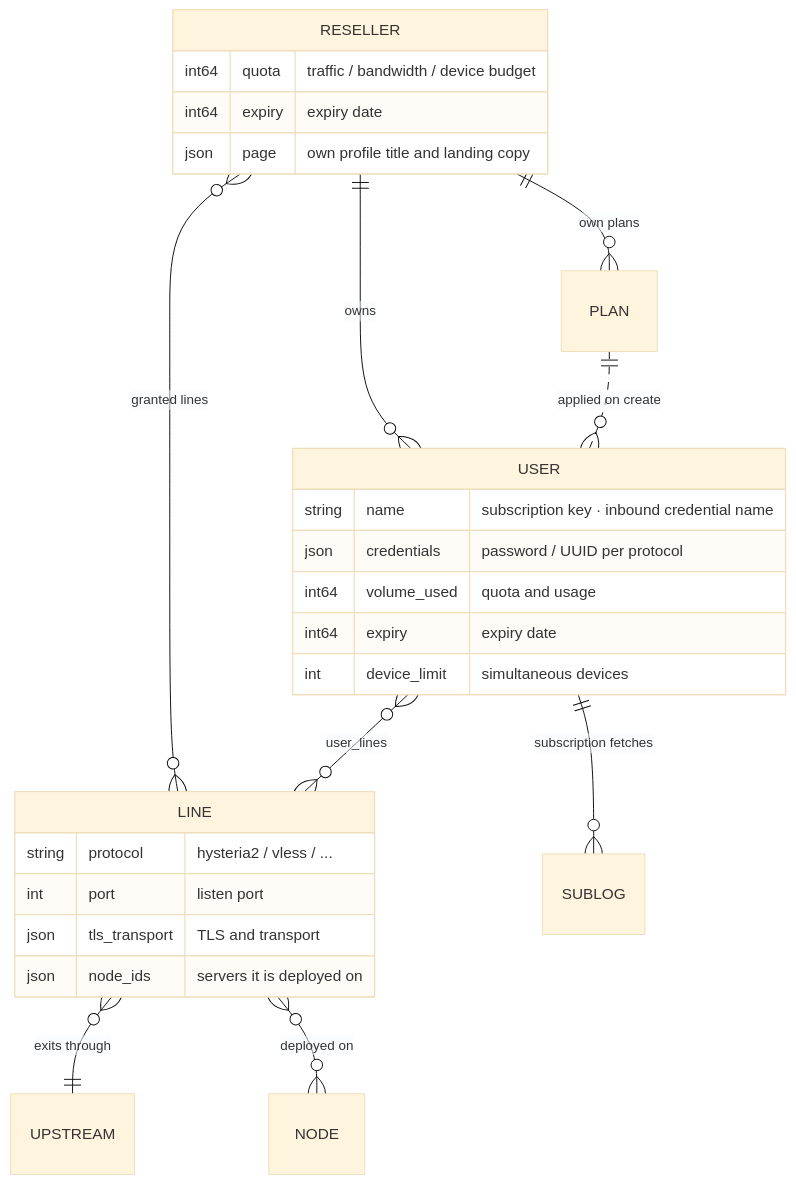
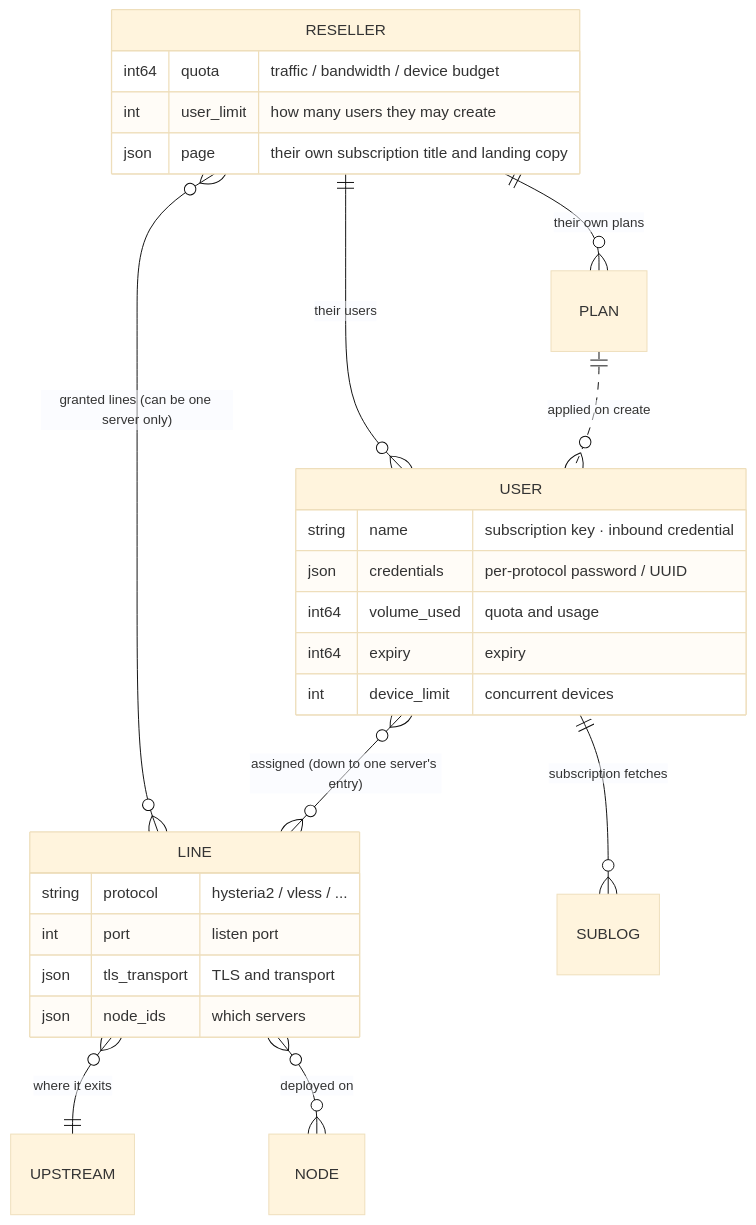
Before and after one commit to Maoyangui/m-ui: the fifth of 5 diagrams in README.en.md, drawn with Mermaid (base theme). The commit also changed other lines of this file and 1 other file, not shown here.

Commit message:
README 架构图重画:五张图在 GitHub 上原来有两张会被压到 67% 和 82%,文字跟着缩小到看不清 —— 图一从三列横排改成分层,图二把干跑用的解析器和运行中的数据面合成一个 sing-box(本来就是同一个),现在五张全部在正文宽度内按原尺寸渲染。配色改成每个节点都显式给底色与字色(深底白字、浅底近黑字),不再依赖主题默认值,GitHub 明暗两种主题下都够对比;去掉顺序图里那块近白色的 rect,它在深色模式下就是白底白字。内容一并更新:副机报告里加上上游巡检结果,数据模型标出分配可细到某台服务器、代理有用户数上限,后台节奏补上每小时清理日志与按设置巡检上游

````diff
--- a/README.en.md
+++ b/README.en.md
@@ -194,30 +200,30 @@
 ```mermaid
 erDiagram
-  RESELLER ||--o{ USER : "owns"
-  RESELLER ||--o{ PLAN : "own plans"
-  RESELLER }o--o{ LINE : "granted lines"
-  USER }o--o{ LINE : "user_lines"
+  RESELLER ||--o{ USER : "their users"
+  RESELLER ||--o{ PLAN : "their own plans"
+  RESELLER }o--o{ LINE : "granted lines (can be one server only)"
+  USER }o--o{ LINE : "assigned (down to one server's entry)"
   PLAN ||..o{ USER : "applied on create"
-  LINE }o--|| UPSTREAM : "exits through"
+  LINE }o--|| UPSTREAM : "where it exits"
   LINE }o--o{ NODE : "deployed on"
   USER ||--o{ SUBLOG : "subscription fetches"
 
   USER {
-    string name "subscription key · inbound credential name"
-    json credentials "password / UUID per protocol"
+    string name "subscription key · inbound credential"
+    json credentials "per-protocol password / UUID"
     int64 volume_used "quota and usage"
-    int64 expiry "expiry date"
-    int device_limit "simultaneous devices"
+    int64 expiry "expiry"
+    int device_limit "concurrent devices"
   }
   LINE {
     string protocol "hysteria2 / vless / ..."
     int port "listen port"
     json tls_transport "TLS and transport"
-    json node_ids "servers it is deployed on"
+    json node_ids "which servers"
   }
   RESELLER {
     int64 quota "traffic / bandwidth / device budget"
-    int64 expiry "expiry date"
-    json page "own profile title and landing copy"
+    int user_limit "how many users they may create"
+    json page "their own subscription title and landing copy"
   }
 ```
````
